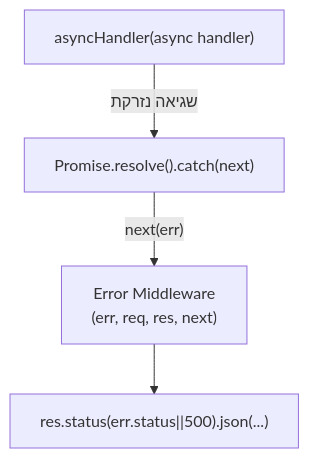
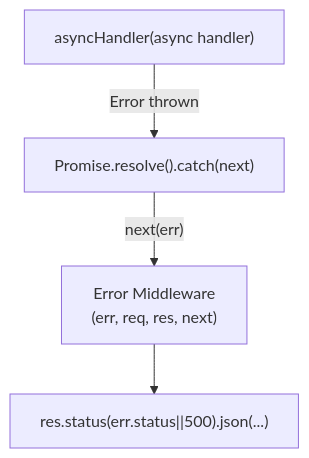
The diagram in content/docs/server/34-express-error-handling-content.md (neriyaMalachi/FullStack_kodkode_5), drawn with Mermaid before and after one commit. The commit also changed other lines of this file and 117 other files, not shown here.

````diff
--- a/content/docs/server/34-express-error-handling-content.md
+++ b/content/docs/server/34-express-error-handling-content.md
@@ -58,7 +58,7 @@
 ```mermaid
 flowchart TD
-    H["asyncHandler(async handler)"] -->|"שגיאה נזרקת"| Catch["Promise.resolve().catch(next)"]
+    H["asyncHandler(async handler)"] -->|"Error thrown"| Catch["Promise.resolve().catch(next)"]
     Catch -->|"next(err)"| EM["Error Middleware
     (err, req, res, next)"]
     EM --> Res["res.status(err.status||500).json(...)"]
 ```
````
